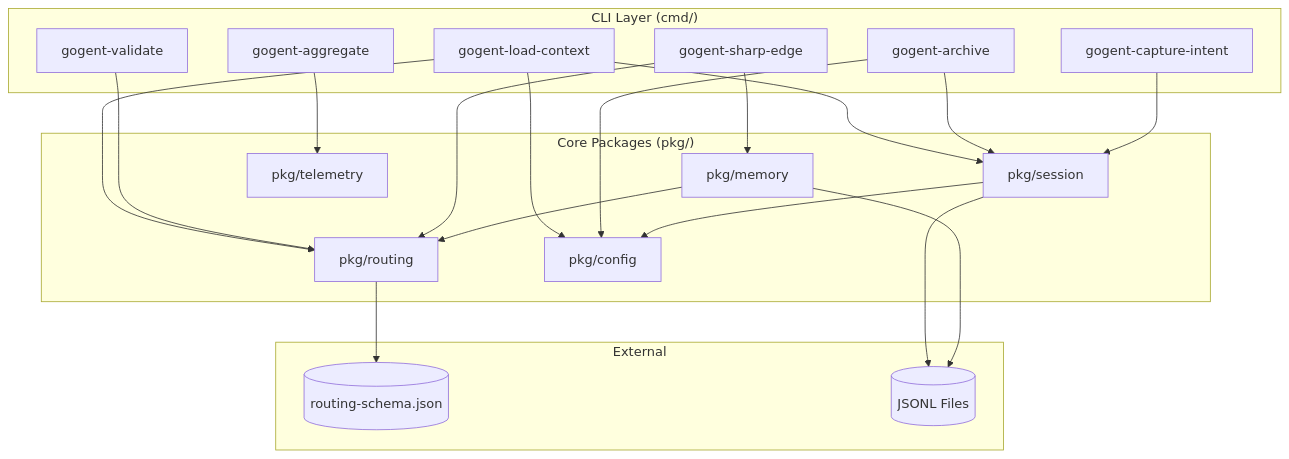
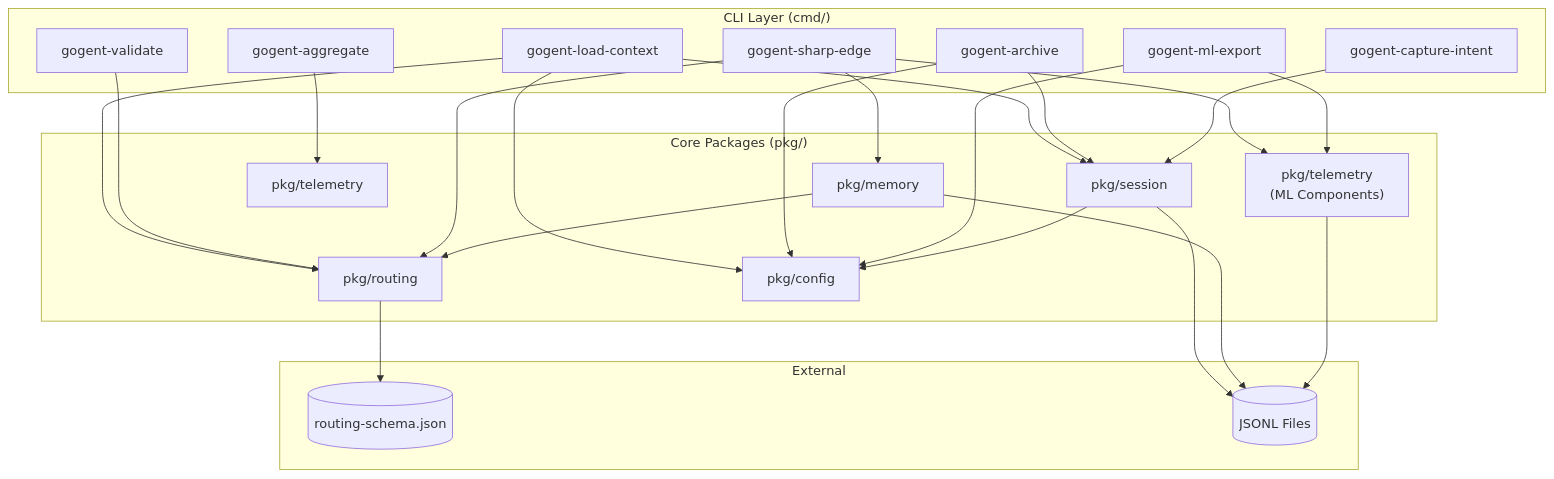
The second of 7 diagrams in docs/systems-architecture-overview.md (Bucket-Chemist/goYoke), drawn with Mermaid before and after one commit. The commit also changed other lines of this file and 2 other files, not shown here.

First line of the commit message:
docs: GOgent-093 - Final Documentation & Status Report

````diff
--- a/docs/systems-architecture-overview.md
+++ b/docs/systems-architecture-overview.md
@@ -143,41 +150,47 @@
 ```mermaid
 graph TD
     subgraph "CLI Layer (cmd/)"
         loadcontext[gogent-load-context]
         validate[gogent-validate]
         archive[gogent-archive]
         sharpedge[gogent-sharp-edge]
         intent[gogent-capture-intent]
         aggregate[gogent-aggregate]
+        mlexport[gogent-ml-export]
     end
 
     subgraph "Core Packages (pkg/)"
         routing[pkg/routing]
         session[pkg/session]
         memory[pkg/memory]
         telemetry[pkg/telemetry]
         config[pkg/config]
+        mltelemetry["pkg/telemetry<br/>(ML Components)"]
     end
 
     subgraph "External"
         schema[(routing-schema.json)]
         jsonl[(JSONL Files)]
     end
 
     loadcontext --> session
     loadcontext --> routing
     loadcontext --> config
     validate --> routing
     archive --> session
     archive --> config
     sharpedge --> memory
     sharpedge --> routing
+    sharpedge --> mltelemetry
     intent --> session
     aggregate --> telemetry
+    mlexport --> mltelemetry
+    mlexport --> config
 
     session --> config
     memory --> routing
     routing --> schema
     session --> jsonl
     memory --> jsonl
+    mltelemetry --> jsonl
 ```
````
